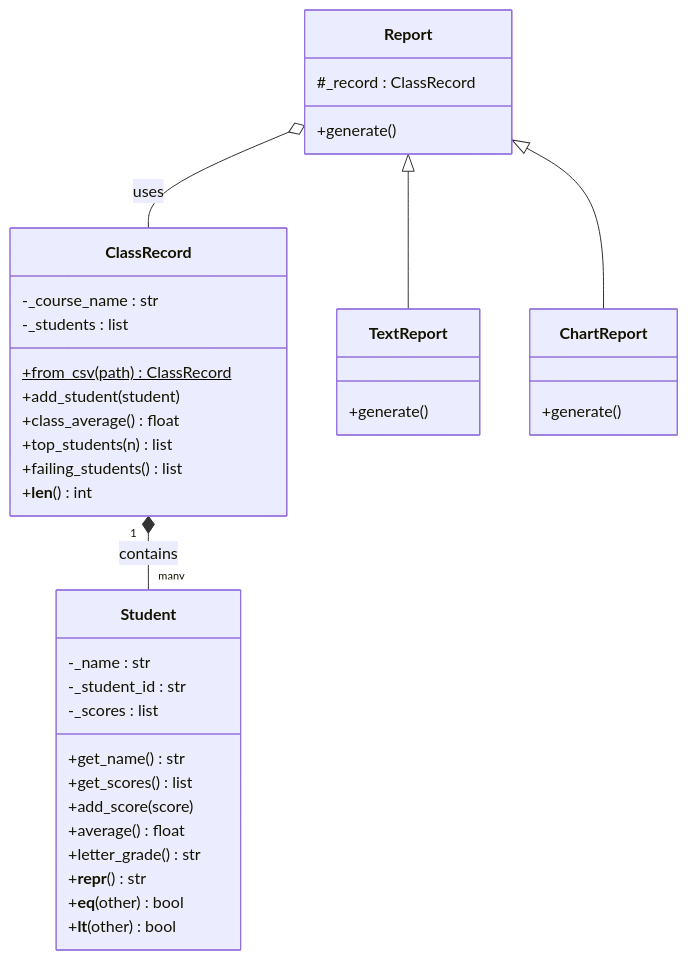
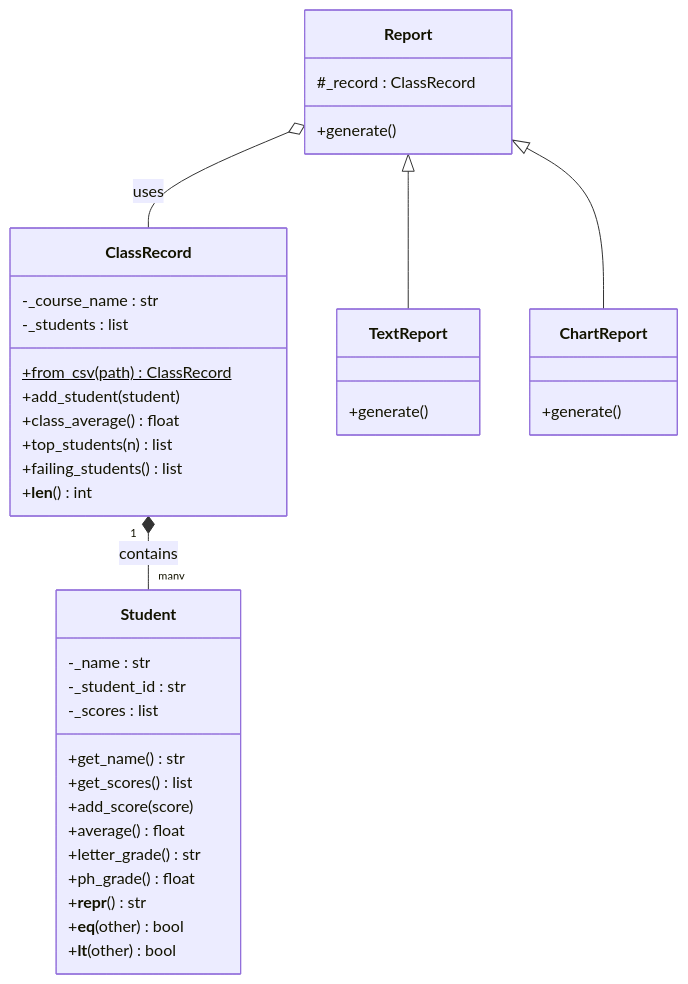
One commit to anabiezashairamarqueza-ui/gradeview changed the diagram in README.md. Above: the diagram before and after it, drawn with Mermaid. The commit also changed other lines of this file, not shown here.

Commit message:
Document ph_grade in README

````diff
--- a/README.md
+++ b/README.md
@@ -42,40 +45,41 @@
 ```mermaid
 classDiagram
   class Student {
     -_name : str
     -_student_id : str
     -_scores : list
     +get_name() str
     +get_scores() list
     +add_score(score)
     +average() float
     +letter_grade() str
+    +ph_grade() float
     +__repr__() str
     +__eq__(other) bool
     +__lt__(other) bool
   }
   class ClassRecord {
     -_course_name : str
     -_students : list
     +from_csv(path)$ ClassRecord
     +add_student(student)
     +class_average() float
     +top_students(n) list
     +failing_students() list
     +__len__() int
   }
   class Report {
     #_record : ClassRecord
     +generate()
   }
   class TextReport {
     +generate()
   }
   class ChartReport {
     +generate()
   }
   ClassRecord "1" *-- "many" Student : contains
   Report o-- ClassRecord : uses
   Report <|-- TextReport
   Report <|-- ChartReport
 ```
````
